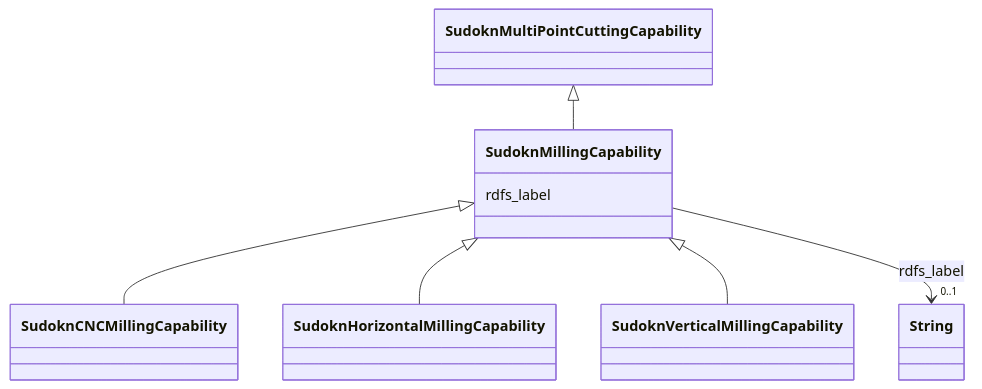
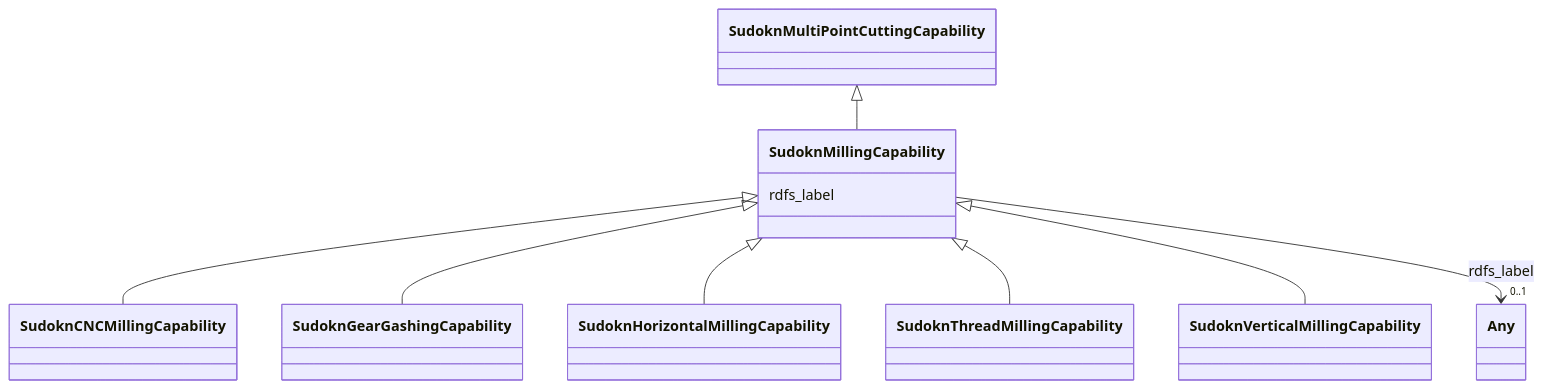
One commit to frink-okn/graph-descriptions changed the diagram in sudokn-kg/classes/SudoknMillingCapability.md. Above: the diagram before and after it, drawn with Mermaid. The commit also changed other lines of this file and 903 other files, not shown here.

````diff
--- a/sudokn-kg/classes/SudoknMillingCapability.md
+++ b/sudokn-kg/classes/SudoknMillingCapability.md
@@ -23,27 +18,31 @@
 ```mermaid
  classDiagram
     class SudoknMillingCapability
     click SudoknMillingCapability href "../SudoknMillingCapability"
       SudoknMultiPointCuttingCapability <|-- SudoknMillingCapability
         click SudoknMultiPointCuttingCapability href "../SudoknMultiPointCuttingCapability"
       
 
       SudoknMillingCapability <|-- SudoknCNCMillingCapability
         click SudoknCNCMillingCapability href "../SudoknCNCMillingCapability"
+      SudoknMillingCapability <|-- SudoknGearGashingCapability
+        click SudoknGearGashingCapability href "../SudoknGearGashingCapability"
       SudoknMillingCapability <|-- SudoknHorizontalMillingCapability
         click SudoknHorizontalMillingCapability href "../SudoknHorizontalMillingCapability"
+      SudoknMillingCapability <|-- SudoknThreadMillingCapability
+        click SudoknThreadMillingCapability href "../SudoknThreadMillingCapability"
       SudoknMillingCapability <|-- SudoknVerticalMillingCapability
         click SudoknVerticalMillingCapability href "../SudoknVerticalMillingCapability"
       
       
       SudoknMillingCapability : rdfs_label
         
           
     
     
-    SudoknMillingCapability --> "0..1" String : rdfs_label
-    click String href "../String"
+    SudoknMillingCapability --> "0..1" Any : rdfs_label
+    click Any href "../Any"
 
         
       
 ```
````
